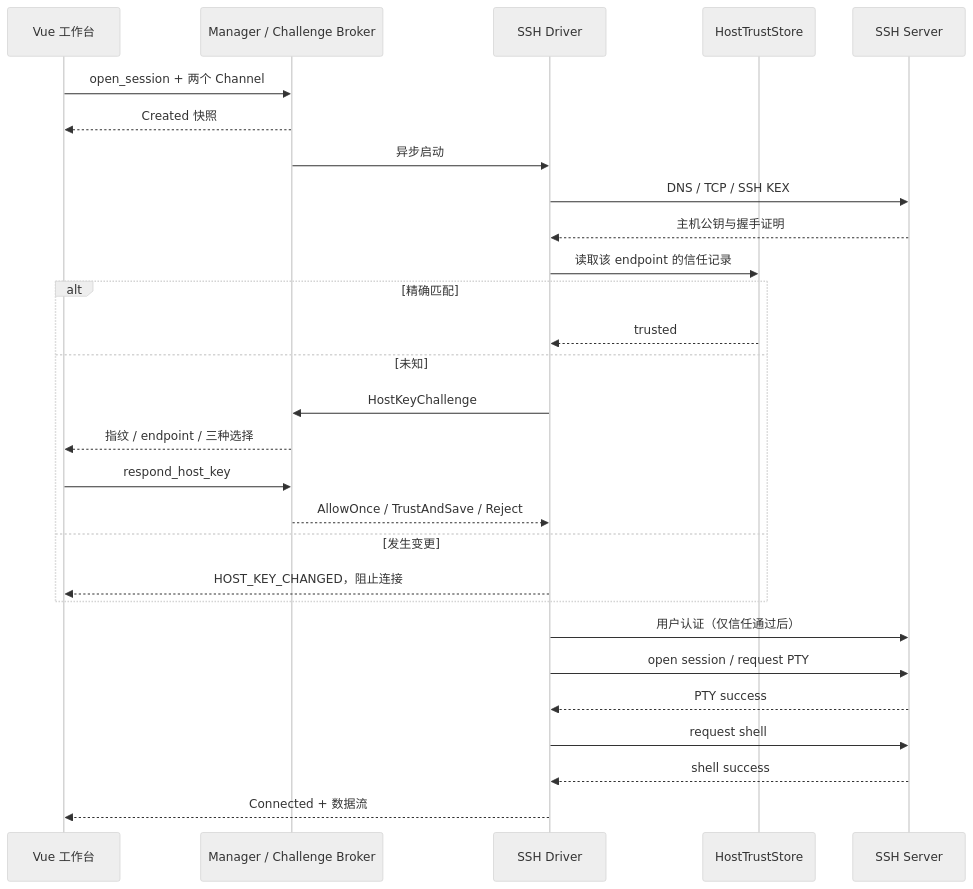
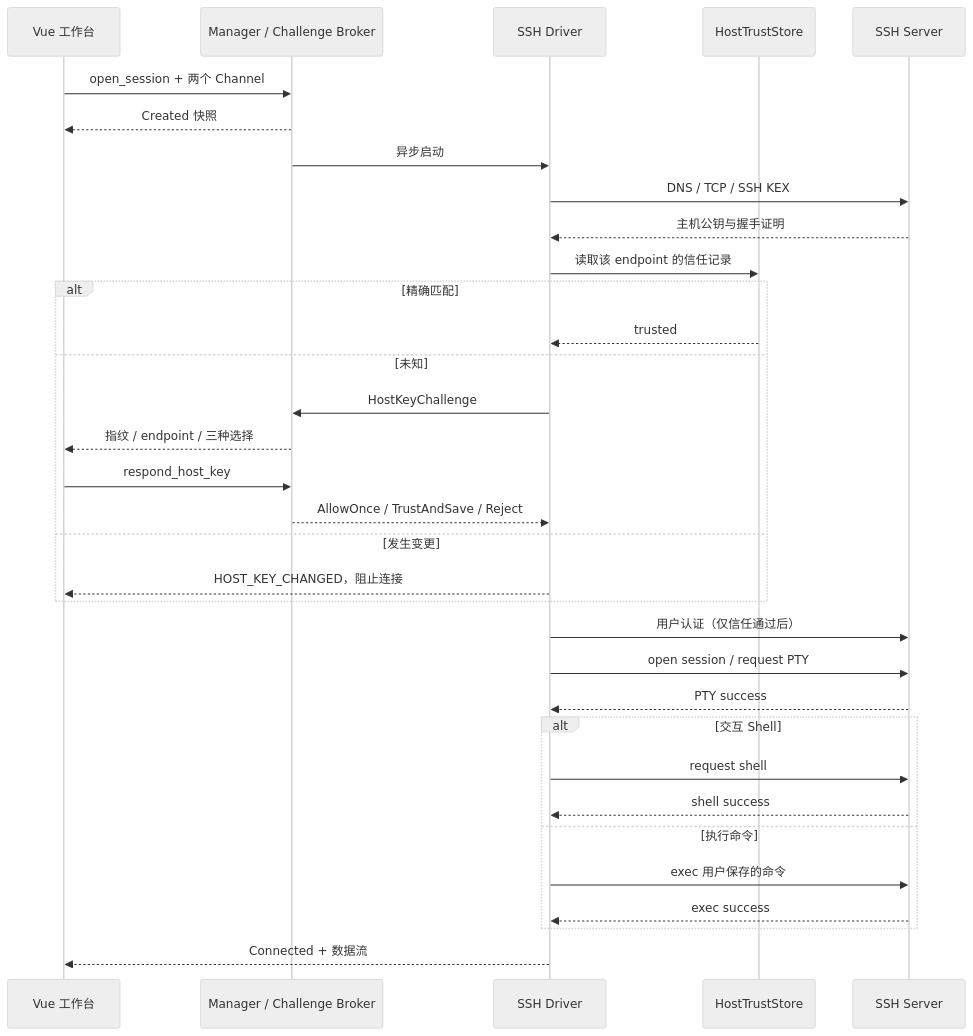
The diagram in docs/05-ssh-design.md (h3110w0r1d-y/termeta), drawn with Mermaid (neutral theme) before and after one commit. The commit also changed other lines of this file and 32 other files, not shown here.

````diff
--- a/docs/05-ssh-design.md
+++ b/docs/05-ssh-design.md
@@ -13,30 +15,35 @@
 ```mermaid
 sequenceDiagram
   participant UI as Vue 工作台
   participant App as Manager / Challenge Broker
   participant SSH as SSH Driver
   participant DB as HostTrustStore
   participant Remote as SSH Server
   UI->>App: open_session + 两个 Channel
   App-->>UI: Created 快照
   App->>SSH: 异步启动
   SSH->>Remote: DNS / TCP / SSH KEX
   Remote-->>SSH: 主机公钥与握手证明
   SSH->>DB: 读取该 endpoint 的信任记录
   alt 精确匹配
     DB-->>SSH: trusted
   else 未知
     SSH->>App: HostKeyChallenge
     App-->>UI: 指纹 / endpoint / 三种选择
     UI->>App: respond_host_key
     App-->>SSH: AllowOnce / TrustAndSave / Reject
   else 发生变更
     SSH-->>UI: HOST_KEY_CHANGED，阻止连接
   end
   SSH->>Remote: 用户认证（仅信任通过后）
   SSH->>Remote: open session / request PTY
   Remote-->>SSH: PTY success
-  SSH->>Remote: request shell
-  Remote-->>SSH: shell success
+  alt 交互 Shell
+    SSH->>Remote: request shell
+    Remote-->>SSH: shell success
+  else 执行命令
+    SSH->>Remote: exec 用户保存的命令
+    Remote-->>SSH: exec success
+  end
   SSH-->>UI: Connected + 数据流
 ```
````
